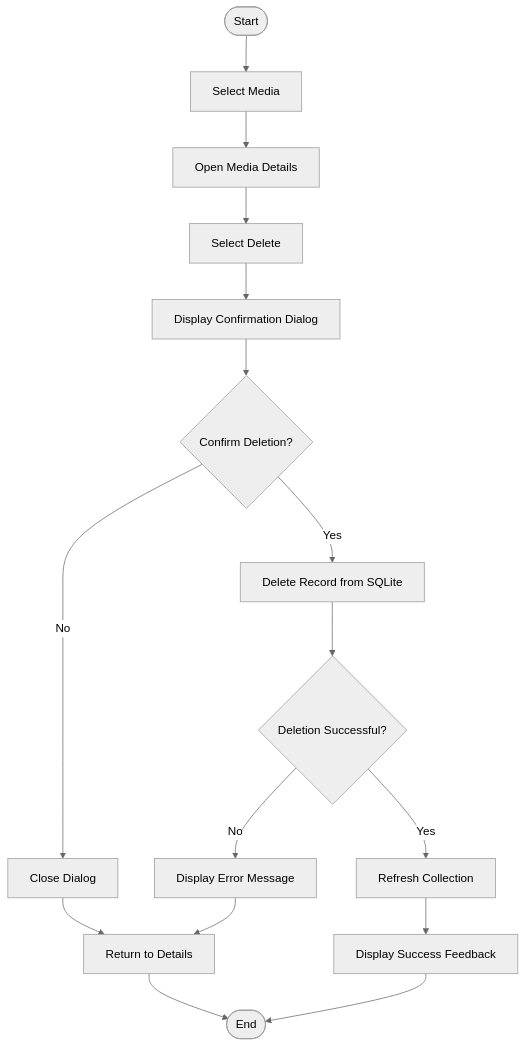
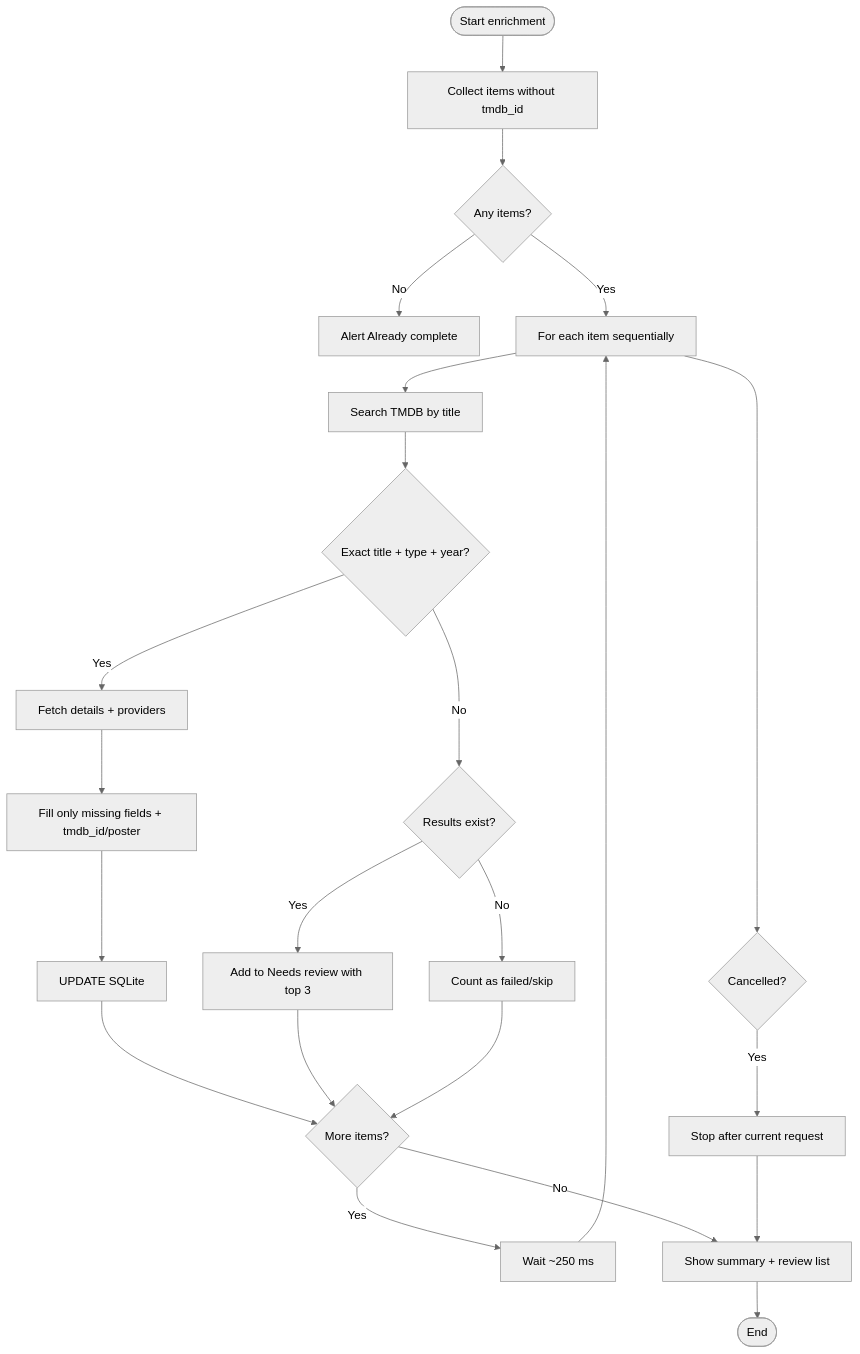
One commit to Aldo-Kristian/CineTrack changed the fifth of 6 diagrams in docs/07-activity-diagrams.md. Above: the diagram before and after it, drawn with Mermaid (neutral theme). The commit also changed other lines of this file and 17 other files, not shown here.

Commit message:
docs: revise all documents for v2 (tmdb, poster, streaming, genre cards)

````diff
--- a/docs/07-activity-diagrams.md
+++ b/docs/07-activity-diagrams.md
@@ -63,18 +137,25 @@
 ```mermaid
 flowchart TD
-    A([Start]) --> B[Select Media]
-    B --> C[Open Media Details]
-    C --> D[Select Delete]
-    D --> E[Display Confirmation Dialog]
-    E --> F{Confirm Deletion?}
-    F -->|No| G[Close Dialog]
-    G --> H[Return to Details]
-    H --> Z([End])
-    F -->|Yes| I[Delete Record from SQLite]
-    I --> J{Deletion Successful?}
-    J -->|No| K[Display Error Message]
-    K --> H
-    J -->|Yes| L[Refresh Collection]
-    L --> M[Display Success Feedback]
-    M --> Z
+    A([Start enrichment]) --> B[Collect items without tmdb_id]
+    B --> C{Any items?}
+    C -->|No| D[Alert Already complete]
+    C -->|Yes| E[For each item sequentially]
+    E --> F[Search TMDB by title]
+    F --> G{Exact title + type + year?}
+    G -->|Yes| H[Fetch details + providers]
+    H --> I[Fill only missing fields + tmdb_id/poster]
+    I --> J[UPDATE SQLite]
+    G -->|No| K{Results exist?}
+    K -->|Yes| L[Add to Needs review with top 3]
+    K -->|No| M[Count as failed/skip]
+    J --> N{More items?}
+    L --> N
+    M --> N
+    N -->|Yes| O[Wait ~250 ms]
+    O --> E
+    N -->|No| P[Show summary + review list]
+    P --> Q([End])
+    E --> R{Cancelled?}
+    R -->|Yes| S[Stop after current request]
+    S --> P
 ```
````
